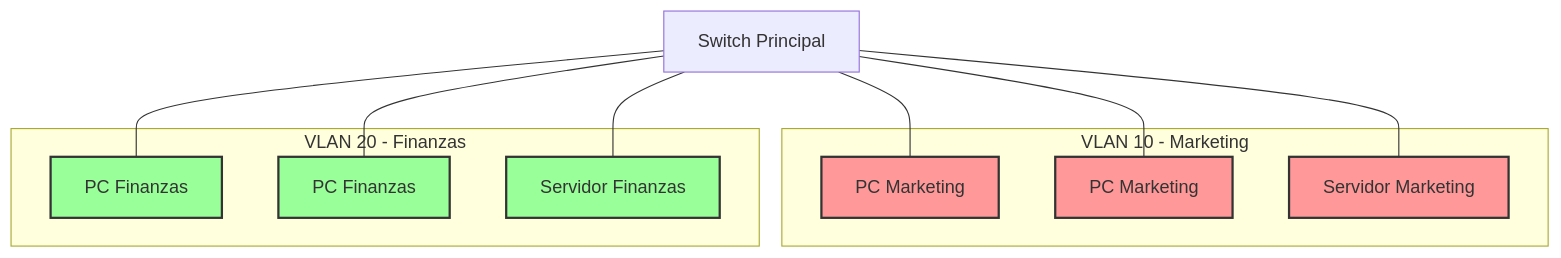
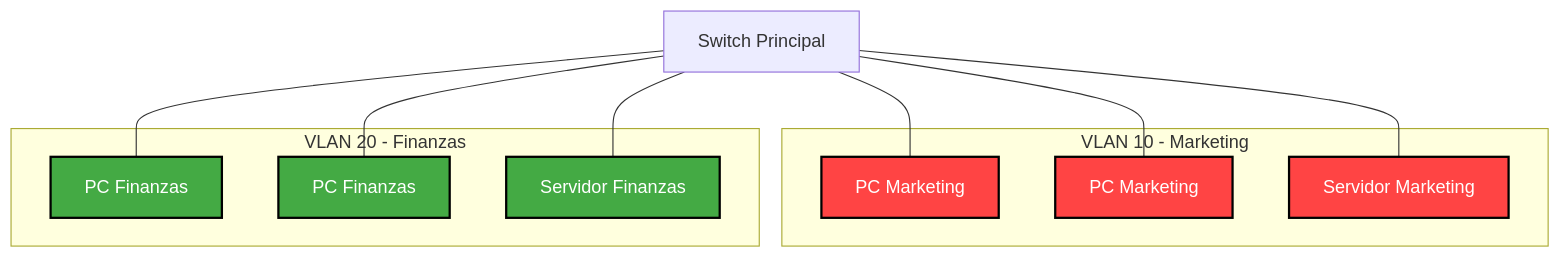
One commit to ulysses-ck/grupo-redes-ifts-2025 changed the first of 6 diagrams in tps/tp1.md. Above: the diagram before and after it, drawn with Mermaid. The commit also changed other lines of this file, not shown here.

Commit message:
style: update diagram colors and formatting for consistency

````diff
--- a/tps/tp1.md
+++ b/tps/tp1.md
@@ -107,34 +107,34 @@
 ```mermaid
 graph TD
     Switch[Switch Principal]
     PC1[PC Marketing]
     PC2[PC Marketing]
     PC3[PC Finanzas]
     PC4[PC Finanzas]
     Server1[Servidor Marketing]
     Server2[Servidor Finanzas]
 
     Switch --- PC1
     Switch --- PC2
     Switch --- PC3
     Switch --- PC4
     Switch --- Server1
     Switch --- Server2
 
     subgraph VLAN 10 - Marketing
         PC1
         PC2
         Server1
     end
 
     subgraph VLAN 20 - Finanzas
         PC3
         PC4
         Server2
     end
 
-    classDef vlan10 fill:#ff9999,stroke:#333,stroke-width:2px;
-    classDef vlan20 fill:#99ff99,stroke:#333,stroke-width:2px;
-    class PC1,PC2,Server1 vlan10;
-    class PC3,PC4,Server2 vlan20;
+    classDef vlan10 fill:#FF4444,stroke:#000000,stroke-width:2px,color:#FFFFFF
+    classDef vlan20 fill:#44AA44,stroke:#000000,stroke-width:2px,color:#FFFFFF
+    class PC1,PC2,Server1 vlan10
+    class PC3,PC4,Server2 vlan20
 ```
````
